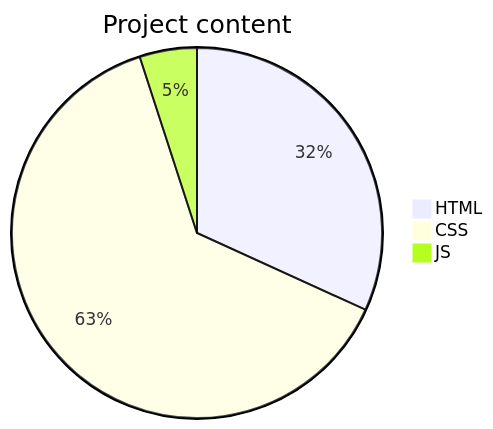
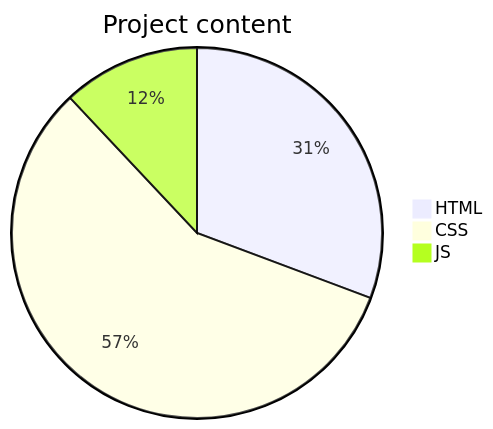
The diagram in README.md (anuja-rahul/web-dev-cw.github.io), drawn with Mermaid before and after one commit.

Commit message:
ipdated chart

````diff
--- a/README.md
+++ b/README.md
@@ -15,8 +15,8 @@
 ```mermaid
 
 pie title Project content
-    "HTML" : 31.8
-    "CSS" : 63.2
-    "JS" : 5
+    "HTML" : 30.7
+    "CSS" : 57.3
+    "JS" : 12
 
 ```
````
